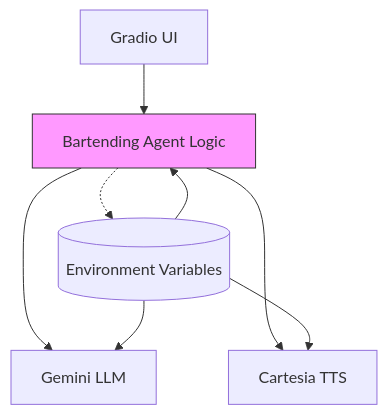
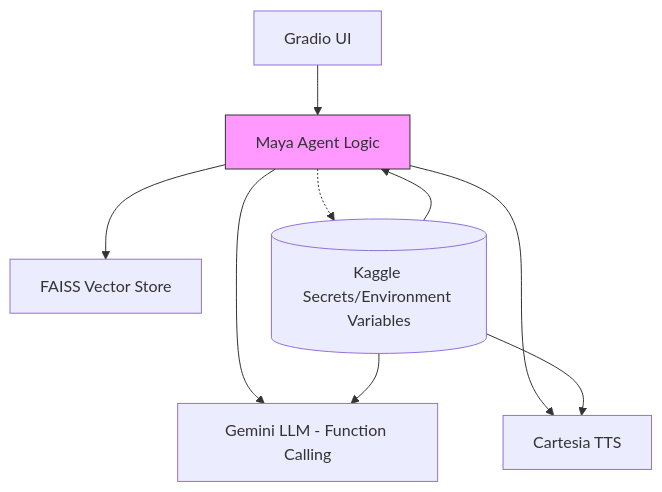
The second of 7 diagrams in .qoder/repowiki/en/content/Core Components/bartending_agent.py - Core Business Logic.md (MOK-5-ha/MayaBartendingAgent), drawn with Mermaid before and after one commit. The commit also changed other lines of this file and 14 other files, not shown here.

````diff
--- a/.qoder/repowiki/en/content/Core Components/bartending_agent.py - Core Business Logic.md
+++ b/.qoder/repowiki/en/content/Core Components/bartending_agent.py - Core Business Logic.md
@@ -58,12 +59,13 @@
 ```mermaid
 graph TD
-UI[Gradio UI] --> BL[Bartending Agent Logic]
-BL --> Gemini[Gemini LLM]
+UI[Gradio UI] --> BL[Maya Agent Logic]
+BL --> Gemini[Gemini LLM - Function Calling]
 BL --> Cartesia[Cartesia TTS]
-Config[(Environment Variables)]
+BL --> FAISS[FAISS Vector Store]
+Config[(Kaggle Secrets/Environment Variables)]
 Config --> BL
 Config --> Cartesia
 Config --> Gemini
 BL -.-> Config
 style BL fill:#f9f,stroke:#333
 ```
````
